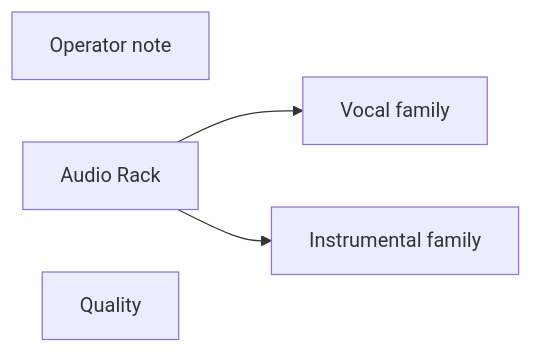
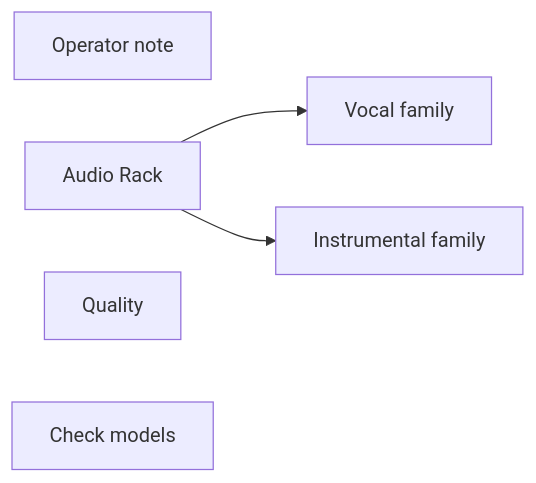
Before and after one commit to toxicoder/ez-comfy-stack: the diagram in docs/generated/workflows/inspire/audio-rack.md, drawn with Mermaid. The commit also changed other lines of this file and 1106 other files, not shown here.

First line of the commit message:
feat: add Check models node to every lab App

````diff
--- a/docs/generated/workflows/inspire/audio-rack.md
+++ b/docs/generated/workflows/inspire/audio-rack.md
@@ -64,10 +64,11 @@
 ```mermaid
 flowchart LR
   N1["Operator note"]
   N5["Audio Rack"]
   N2["Vocal family"]
   N3["Instrumental family"]
   N6["Quality"]
+  N7["Check models"]
   N5 --> N2
   N5 --> N3
 ```
````
